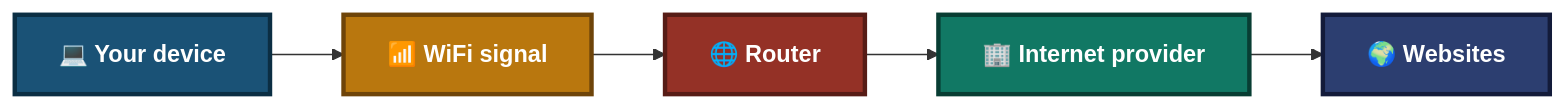
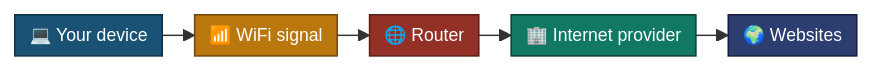
Before and after one commit to malaika-azhar/Customer-Tech-Support-Portfolio: the first of 3 diagrams in 04-Solution-guides/04.1-WiFi-Guide.md, drawn with Mermaid. The commit also changed other lines of this file, not shown here.

````diff
--- a/04-Solution-guides/04.1-WiFi-Guide.md
+++ b/04-Solution-guides/04.1-WiFi-Guide.md
@@ -70,10 +70,10 @@
 ```mermaid
+%%{init: {'themeVariables': {'fontSize': '12px'}, 'flowchart': {'nodeSpacing': 18, 'rankSpacing': 22, 'padding': 5}}}%%
 flowchart LR
     A["💻 Your device"]:::c0 --> B["📶 WiFi signal"]:::c1 --> C["🌐 Router"]:::c2 --> D["🏢 Internet provider"]:::c3 --> E["🌍 Websites"]:::c4
-
-    classDef c0 fill:#1A5276,stroke:#0B2E43,stroke-width:3px,color:#FFFFFF,font-weight:bold
-    classDef c1 fill:#B9770E,stroke:#6E4409,stroke-width:3px,color:#FFFFFF,font-weight:bold
-    classDef c2 fill:#943126,stroke:#571C16,stroke-width:3px,color:#FFFFFF,font-weight:bold
-    classDef c3 fill:#117864,stroke:#083D33,stroke-width:3px,color:#FFFFFF,font-weight:bold
-    classDef c4 fill:#2C3E70,stroke:#131B3A,stroke-width:3px,color:#FFFFFF,font-weight:bold
+    classDef c0 fill:#1A5276,stroke:#0B2E43,stroke-width:1px,color:#FFFFFF
+    classDef c1 fill:#B9770E,stroke:#6E4409,stroke-width:1px,color:#FFFFFF
+    classDef c2 fill:#943126,stroke:#571C16,stroke-width:1px,color:#FFFFFF
+    classDef c3 fill:#117864,stroke:#083D33,stroke-width:1px,color:#FFFFFF
+    classDef c4 fill:#2C3E70,stroke:#131B3A,stroke-width:1px,color:#FFFFFF
 ```
````
